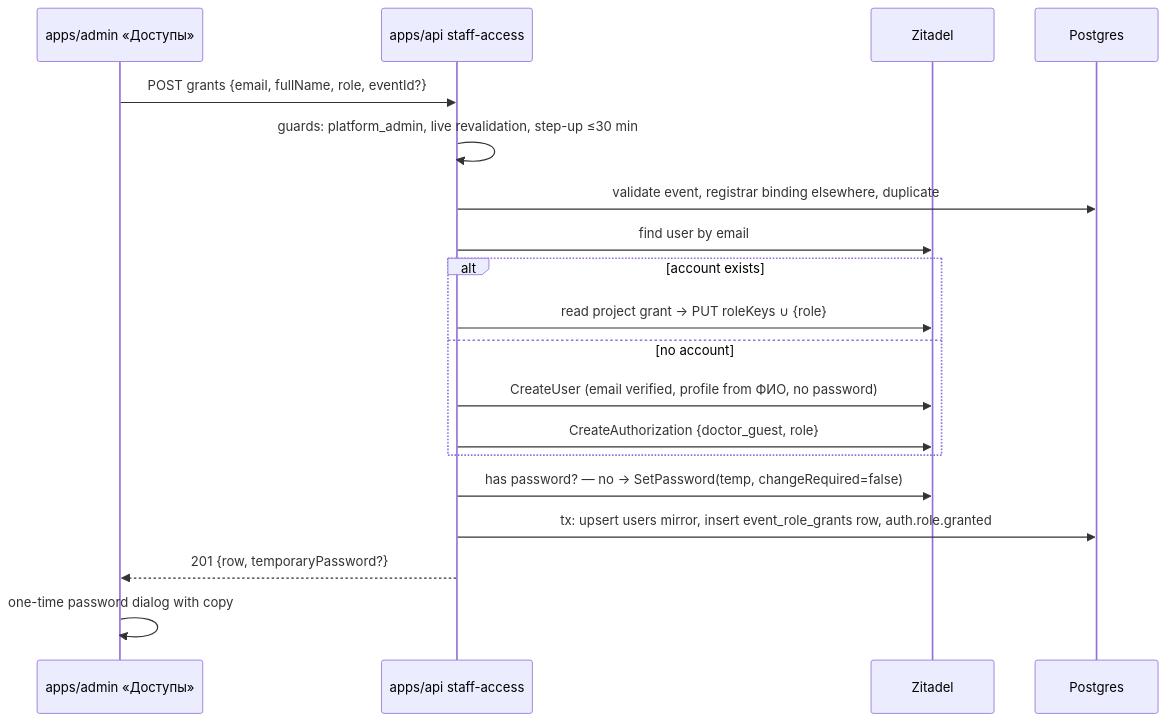
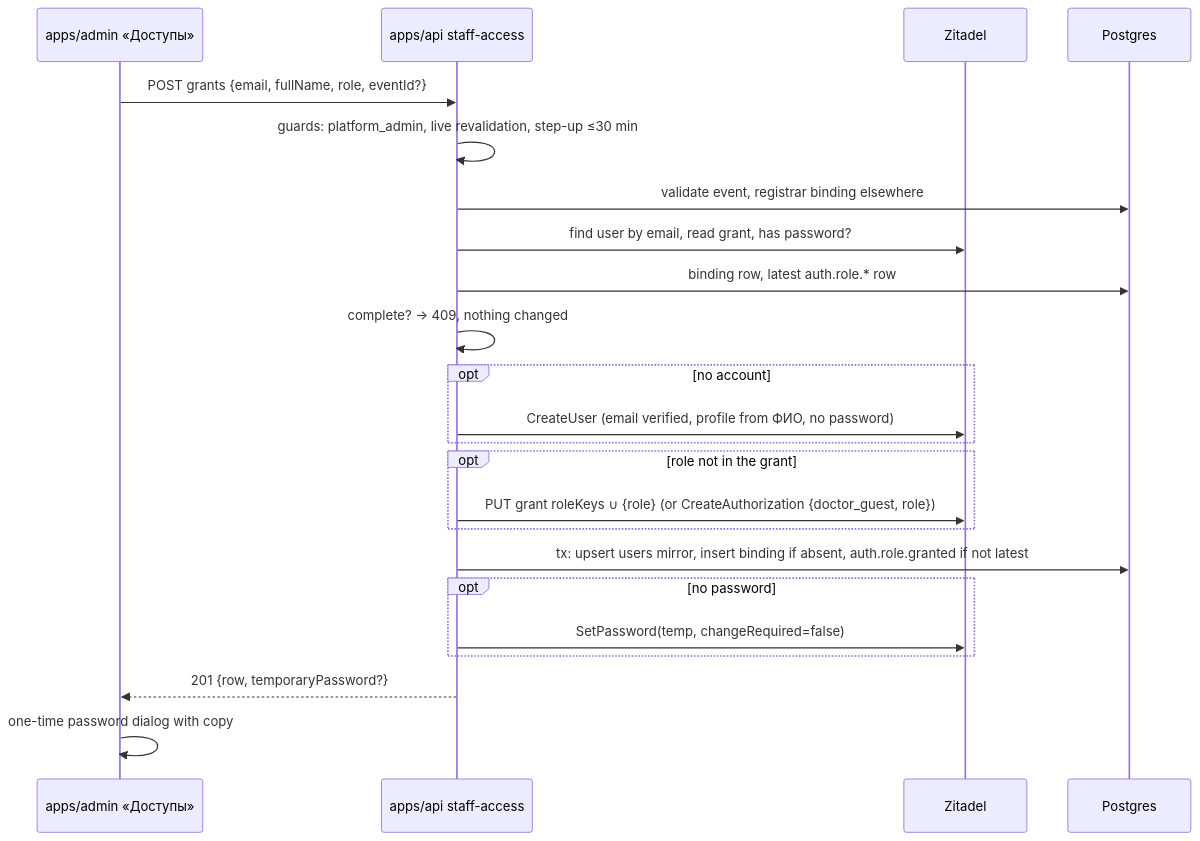
The diagram in apps/docs/content/specs/features/047-staff-access/047-design.md (doctor-school/ds-platform), drawn with Mermaid before and after one commit. The commit also changed other lines of this file and 3 other files, not shown here.

````diff
--- a/apps/docs/content/specs/features/047-staff-access/047-design.md
+++ b/apps/docs/content/specs/features/047-staff-access/047-design.md
@@ -41,21 +54,25 @@
 ```mermaid
 sequenceDiagram
     participant UI as apps/admin «Доступы»
     participant API as apps/api staff-access
     participant IdP as Zitadel
     participant DB as Postgres
     UI->>API: POST grants {email, fullName, role, eventId?}
     API->>API: guards: platform_admin, live revalidation, step-up ≤30 min
-    API->>DB: validate event, registrar binding elsewhere, duplicate
-    API->>IdP: find user by email
-    alt account exists
-        API->>IdP: read project grant → PUT roleKeys ∪ {role}
-    else no account
+    API->>DB: validate event, registrar binding elsewhere
+    API->>IdP: find user by email, read grant, has password?
+    API->>DB: binding row, latest auth.role.* row
+    API->>API: complete? → 409, nothing changed
+    opt no account
         API->>IdP: CreateUser (email verified, profile from ФИО, no password)
-        API->>IdP: CreateAuthorization {doctor_guest, role}
     end
-    API->>IdP: has password? — no → SetPassword(temp, changeRequired=false)
-    API->>DB: tx: upsert users mirror, insert event_role_grants row, auth.role.granted
+    opt role not in the grant
+        API->>IdP: PUT grant roleKeys ∪ {role} (or CreateAuthorization {doctor_guest, role})
+    end
+    API->>DB: tx: upsert users mirror, insert binding if absent, auth.role.granted if not latest
+    opt no password
+        API->>IdP: SetPassword(temp, changeRequired=false)
+    end
     API-->>UI: 201 {row, temporaryPassword?}
     UI->>UI: one-time password dialog with copy
 ```
````
